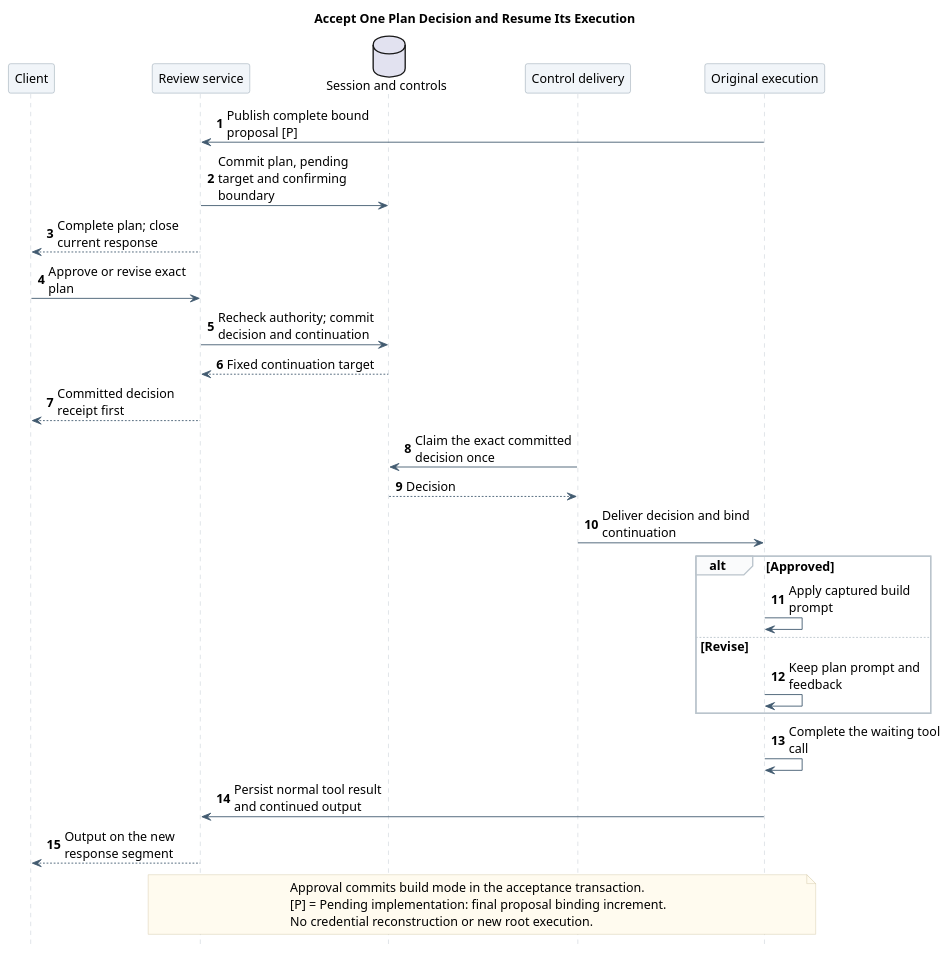
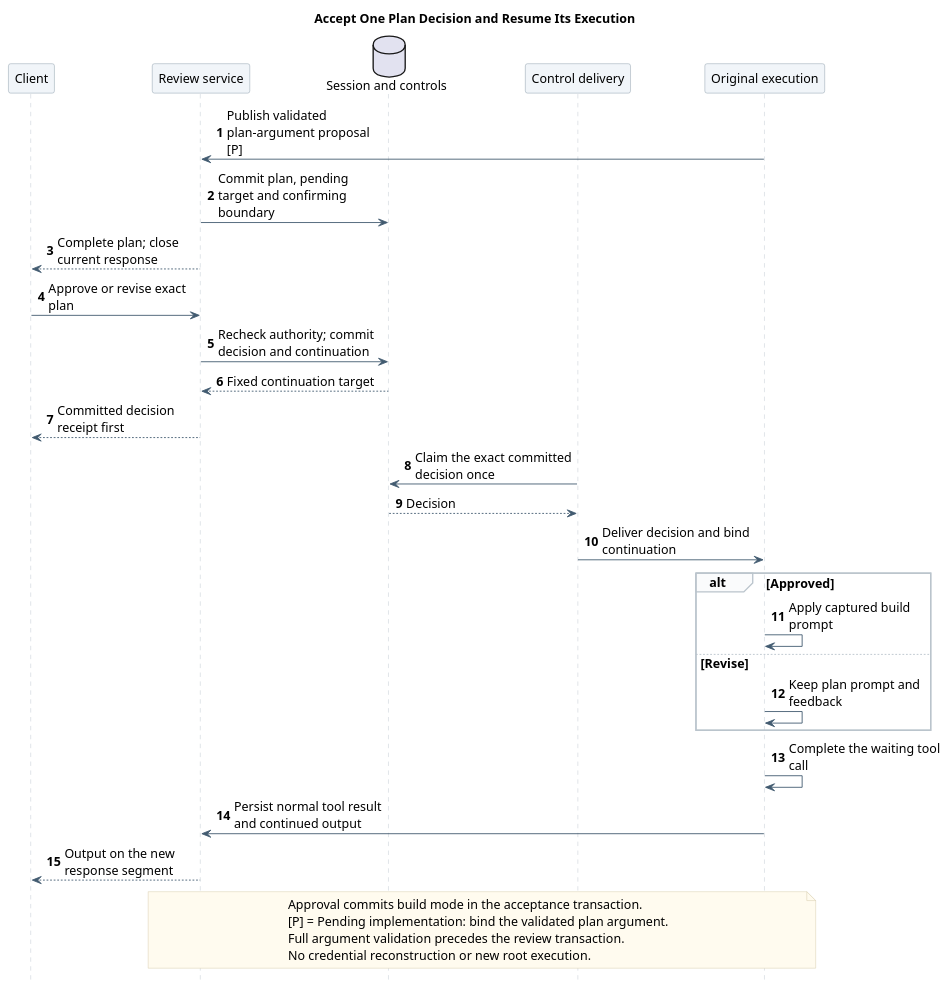
One commit to ssm0808/pi-mono-java-design changed the second of 7 diagrams in 01-总体架构/06-CampusClaw计划模式/diagram.puml. Above: the diagram before and after it, drawn with PlantUML. The commit also changed other lines of this file and 27 other files, not shown here.

Commit message:
docs(plan): stream plan parameters through existing review events

```diff
--- a/01-总体架构/06-CampusClaw计划模式/diagram.puml
+++ b/01-总体架构/06-CampusClaw计划模式/diagram.puml
@@ -336,56 +355,61 @@
 @startuml plan_mode_review_sequence
+' Plan scope checked 2026-09-28: Java 553dcd5e2ff682f9684810a043b442b37a02e54a.
+' Source: modules/coding-agent-cli/src/main/java/com/campusclaw/codingagent/runtimeapi/runtime/RuntimeActiveExecution.java :: claimAndResumePlanReview, applyPlanMode.
+' Source: modules/coding-agent-cli/src/main/java/com/campusclaw/codingagent/runtimeapi/persistence/MyBatisRuntimeExecutionControlRepository.java :: acceptPlanConfirmation, persistPlanConfirmation.
+' Observed behavior: approval commits build mode, then the original execution updates its prompt before tool return.
 ' Source baseline: pi-mono-java 09b32d8ea4a4b43b34be302d8b2745bdc417c9a2.
 ' Source: modules/coding-agent-cli/src/main/java/com/campusclaw/codingagent/runtimeapi/event/RuntimeControlEventService.java :: accept.
 ' Source: modules/coding-agent-cli/src/main/java/com/campusclaw/codingagent/runtimeapi/persistence/MyBatisRuntimeExecutionControlRepository.java :: markConfirming, acceptConfirmation, claimConfirmation.
 ' Source: modules/coding-agent-cli/src/main/java/com/campusclaw/codingagent/runtimeapi/runtime/RuntimeSessionControlDispatcher.java :: dispatchConfirmation.
 ' Observed behavior: tool confirmation closes one response and resumes through a new fixed segment.
 ' Design reason: plan review reuses this transport and durable handoff.
 ' Java divergence: immutable plan event identity is the approval target; tool permissions remain separate.
 ' Presentation: one responsibility-level scenario; implementation details remain in the linked document.
 skinparam backgroundColor white
 skinparam defaultFontName SansSerif
 skinparam defaultFontSize 14
 skinparam shadowing false
 skinparam sequenceMessageAlign left
 skinparam maxMessageSize 180
 skinparam sequenceArrowColor #425B70
 skinparam sequenceLifeLineBorderColor #BAC4CC
 skinparam sequenceParticipantBackgroundColor #F1F5F9
 skinparam sequenceParticipantBorderColor #8496A4
 skinparam sequenceGroupBackgroundColor #FAFBFC
 skinparam sequenceGroupBorderColor #BAC4CC
 skinparam noteBackgroundColor #FFFBEF
 skinparam noteBorderColor #D2C6A5
 hide footbox
 autonumber
 
 title Accept One Plan Decision and Resume Its Execution
 participant Client
 participant "Review service" as Review
 database "Session and controls" as DB
 participant "Control delivery" as Dispatch
 participant "Original execution" as Agent
-Agent -> Review : Publish complete bound proposal [P]
+Agent -> Review : Publish validated plan-argument proposal [P]
 Review -> DB : Commit plan, pending target and confirming boundary
 Review --> Client : Complete plan; close current response
 Client -> Review : Approve or revise exact plan
 Review -> DB : Recheck authority; commit decision and continuation
 DB --> Review : Fixed continuation target
 Review --> Client : Committed decision receipt first
 Dispatch -> DB : Claim the exact committed decision once
 DB --> Dispatch : Decision
 Dispatch -> Agent : Deliver decision and bind continuation
 alt Approved
   Agent -> Agent : Apply captured build prompt
 else Revise
   Agent -> Agent : Keep plan prompt and feedback
 end
 Agent -> Agent : Complete the waiting tool call
 Agent -> Review : Persist normal tool result and continued output
 Review --> Client : Output on the new response segment
 note over Review,Agent
   Approval commits build mode in the acceptance transaction.
-  [P] = Pending implementation: final proposal binding increment.
+  [P] = Pending implementation: bind the validated plan argument.
+  Full argument validation precedes the review transaction.
   No credential reconstruction or new root execution.
 end note
 @enduml
```
